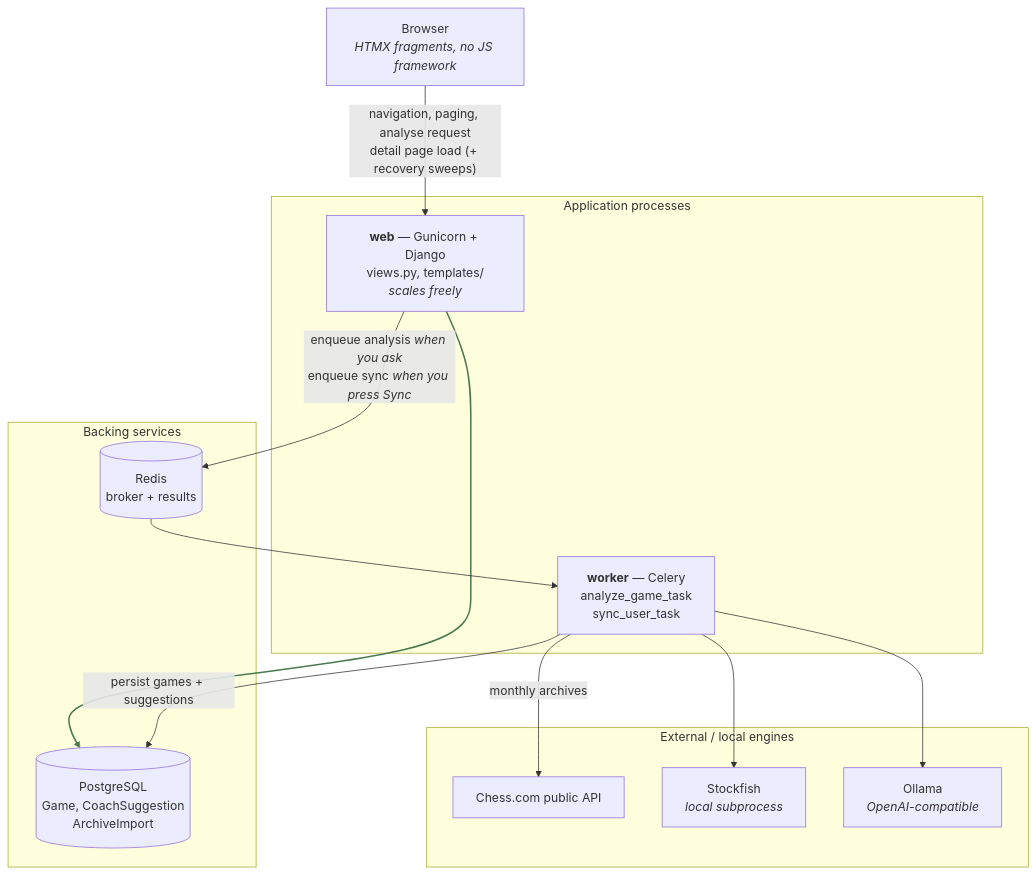
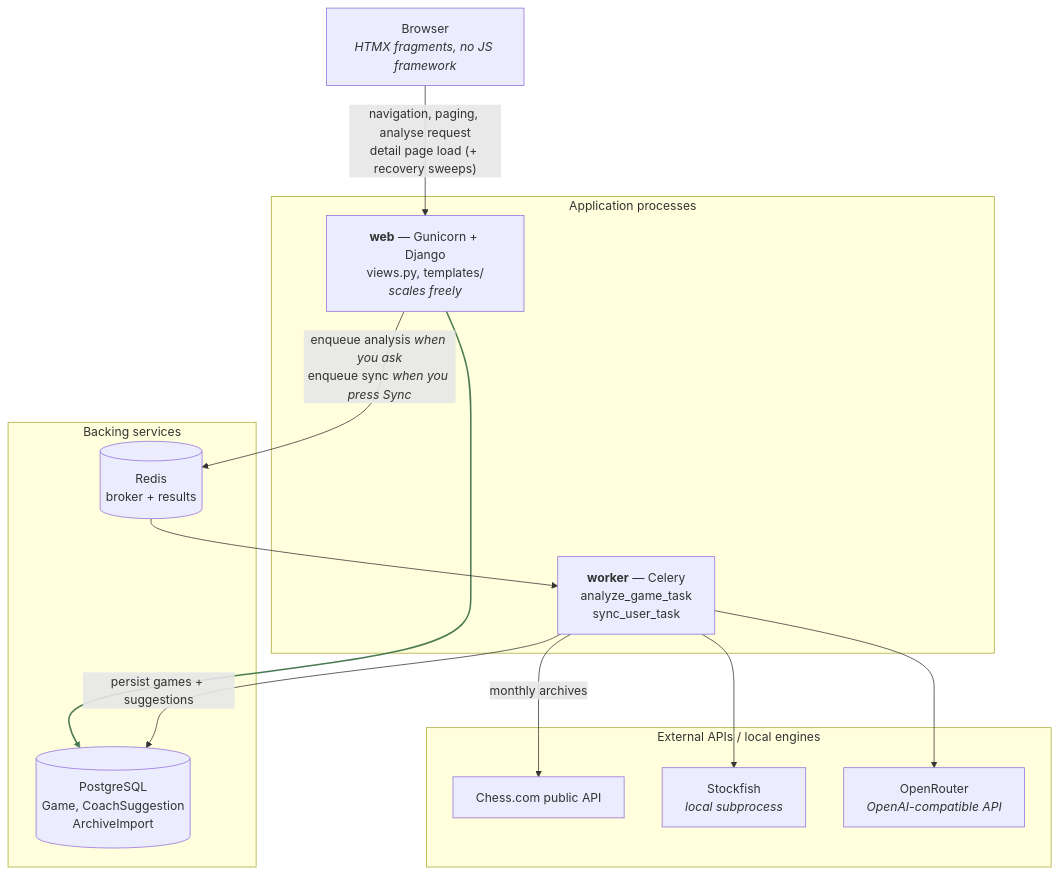
Before and after one commit to gab-25/chessdotcom_ai_coach: the first of 2 diagrams in docs/architecture.md, drawn with Mermaid. The commit also changed other lines of this file and 19 other files, not shown here.

Commit message:
Migrate the LLM coach from Ollama to OpenRouter, and make its prose trustworthy (#53)

````diff
--- a/docs/architecture.md
+++ b/docs/architecture.md
@@ -34,31 +34,31 @@
 ```mermaid
 graph TD
     Browser["Browser<br/><i>HTMX fragments, no JS framework</i>"]
 
     subgraph app["Application processes"]
         Web["<b>web</b> — Gunicorn + Django<br/>views.py, templates/<br/><i>scales freely</i>"]
         Worker["<b>worker</b> — Celery<br/>analyze_game_task<br/>sync_user_task"]
     end
 
     subgraph infra["Backing services"]
         PG[("PostgreSQL<br/>Game, CoachSuggestion<br/>ArchiveImport")]
         Redis[("Redis<br/>broker + results")]
     end
 
-    subgraph ext["External / local engines"]
+    subgraph ext["External APIs / local engines"]
         ChessCom["Chess.com public API"]
         SF["Stockfish<br/><i>local subprocess</i>"]
-        LLM["Ollama<br/><i>OpenAI-compatible</i>"]
+        LLM["OpenRouter<br/><i>OpenAI-compatible API</i>"]
     end
 
     Browser -->|"navigation, paging, analyse request<br/>detail page load (+ recovery sweeps)"| Web
     Web --> PG
     Web -->|"enqueue analysis <i>when you ask</i><br/>enqueue sync <i>when you press Sync</i>"| Redis
     Redis --> Worker
     Worker -->|"monthly archives"| ChessCom
     Worker --> SF
     Worker --> LLM
     Worker -->|"persist games + suggestions"| PG
 
     linkStyle 1 stroke:#4a7a52,stroke-width:2px
 ```
````
